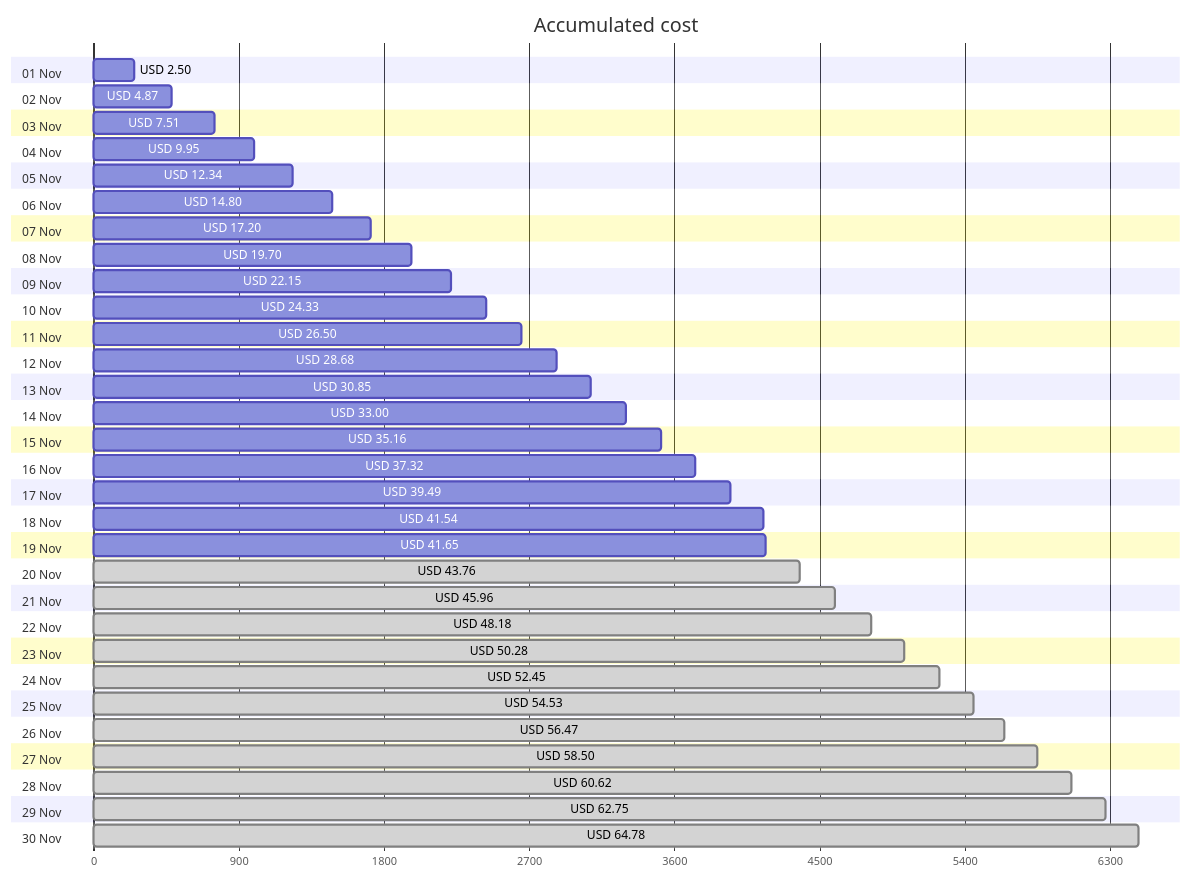
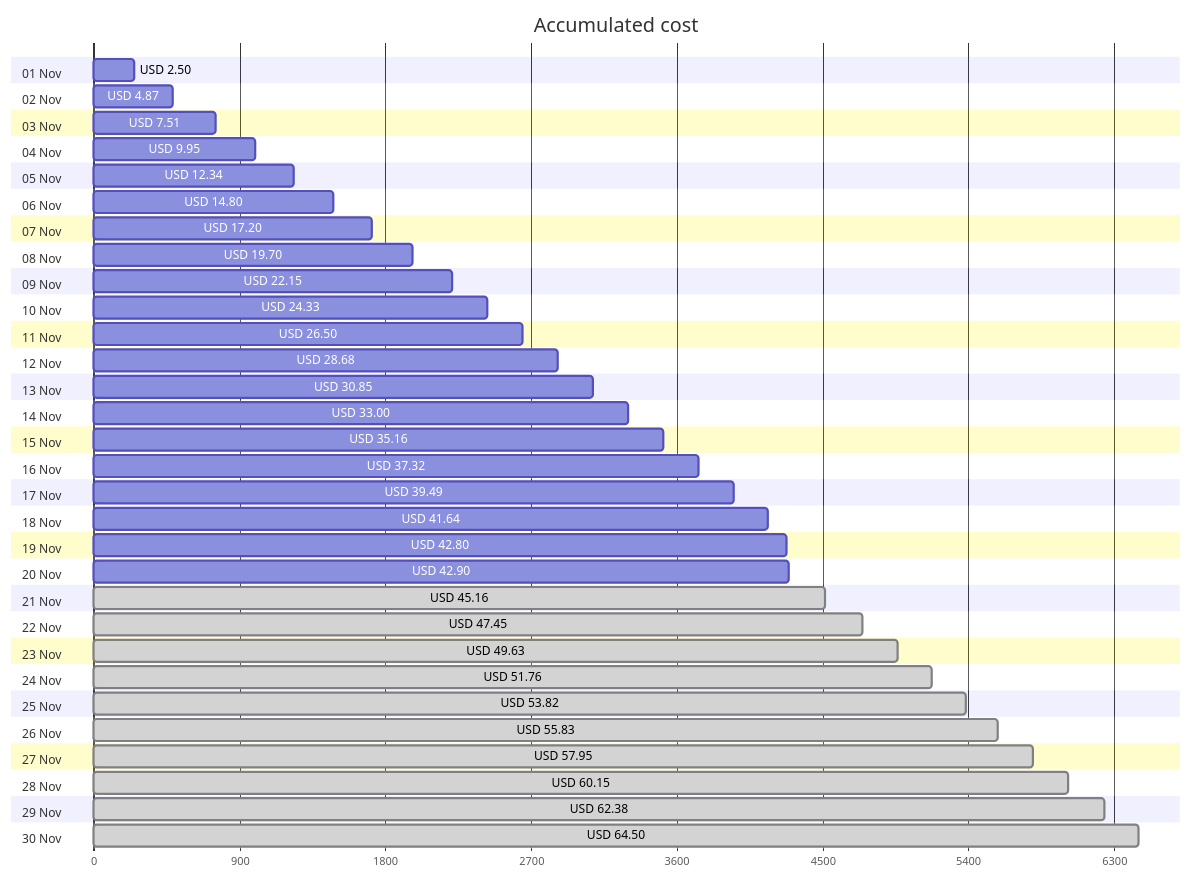
One commit to jpfulton/azure-personal-reports changed the first of 4 diagrams in cost-reports/accumulated-cost.md. Above: the diagram before and after it, drawn with Mermaid. The commit also changed other lines of this file and 4 other files, not shown here.

````diff
--- a/cost-reports/accumulated-cost.md
+++ b/cost-reports/accumulated-cost.md
@@ -20,66 +20,66 @@
 ```mermaid
 gantt
    title Accumulated cost
    dateFormat  X
    axisFormat %s
    section 01 Nov
    USD 2.50 :0, 250
    section 02 Nov
    USD 4.87 :0, 487
    section 03 Nov
    USD 7.51 :0, 751
    section 04 Nov
    USD 9.95 :0, 995
    section 05 Nov
    USD 12.34 :0, 1234
    section 06 Nov
    USD 14.80 :0, 1480
    section 07 Nov
    USD 17.20 :0, 1720
    section 08 Nov
    USD 19.70 :0, 1970
    section 09 Nov
    USD 22.15 :0, 2215
    section 10 Nov
    USD 24.33 :0, 2433
    section 11 Nov
    USD 26.50 :0, 2650
    section 12 Nov
    USD 28.68 :0, 2868
    section 13 Nov
    USD 30.85 :0, 3085
    section 14 Nov
    USD 33.00 :0, 3300
    section 15 Nov
    USD 35.16 :0, 3516
    section 16 Nov
    USD 37.32 :0, 3732
    section 17 Nov
    USD 39.49 :0, 3949
    section 18 Nov
-   USD 41.54 :0, 4154
+   USD 41.64 :0, 4164
    section 19 Nov
-   USD 41.65 :0, 4165
+   USD 42.80 :0, 4280
    section 20 Nov
-   USD 43.76 : done, 0, 4376
+   USD 42.90 :0, 4290
    section 21 Nov
-   USD 45.96 : done, 0, 4596
+   USD 45.16 : done, 0, 4516
    section 22 Nov
-   USD 48.18 : done, 0, 4818
+   USD 47.45 : done, 0, 4745
    section 23 Nov
-   USD 50.28 : done, 0, 5028
+   USD 49.63 : done, 0, 4963
    section 24 Nov
-   USD 52.45 : done, 0, 5245
+   USD 51.76 : done, 0, 5176
    section 25 Nov
-   USD 54.53 : done, 0, 5453
+   USD 53.82 : done, 0, 5382
    section 26 Nov
-   USD 56.47 : done, 0, 5647
+   USD 55.83 : done, 0, 5583
    section 27 Nov
-   USD 58.50 : done, 0, 5850
+   USD 57.95 : done, 0, 5795
    section 28 Nov
-   USD 60.62 : done, 0, 6062
+   USD 60.15 : done, 0, 6015
    section 29 Nov
-   USD 62.75 : done, 0, 6275
+   USD 62.38 : done, 0, 6238
    section 30 Nov
-   USD 64.78 : done, 0, 6478
+   USD 64.50 : done, 0, 6450
 ```
````
